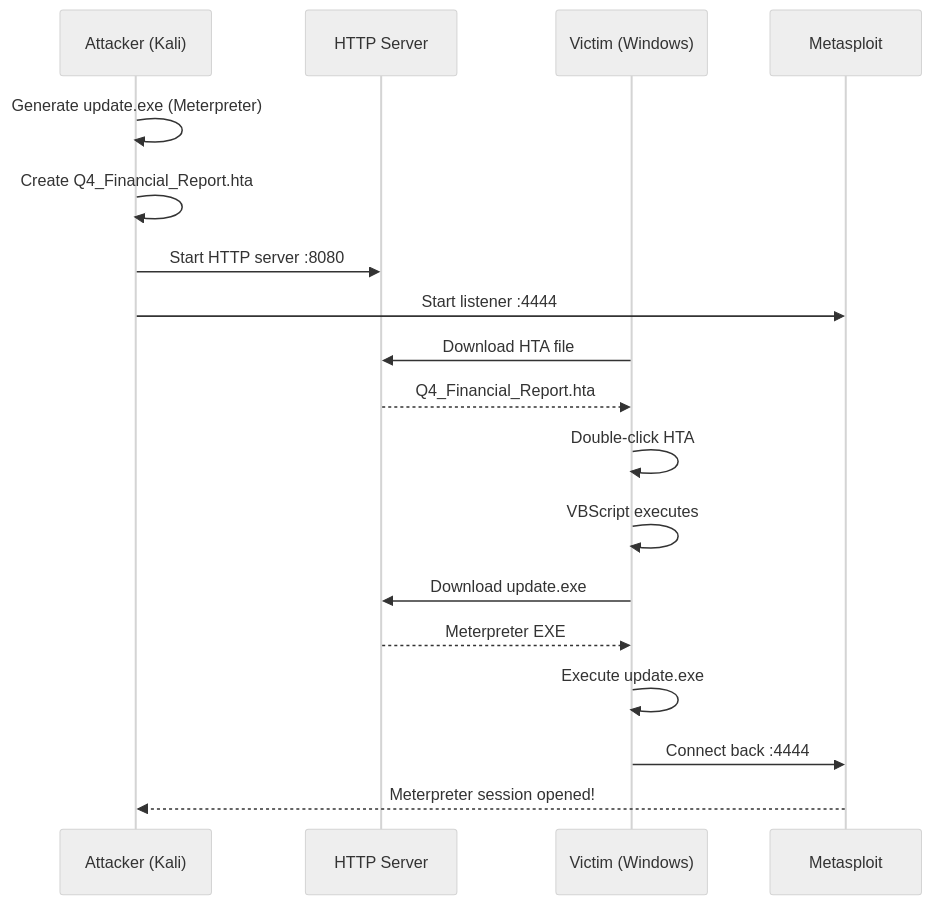
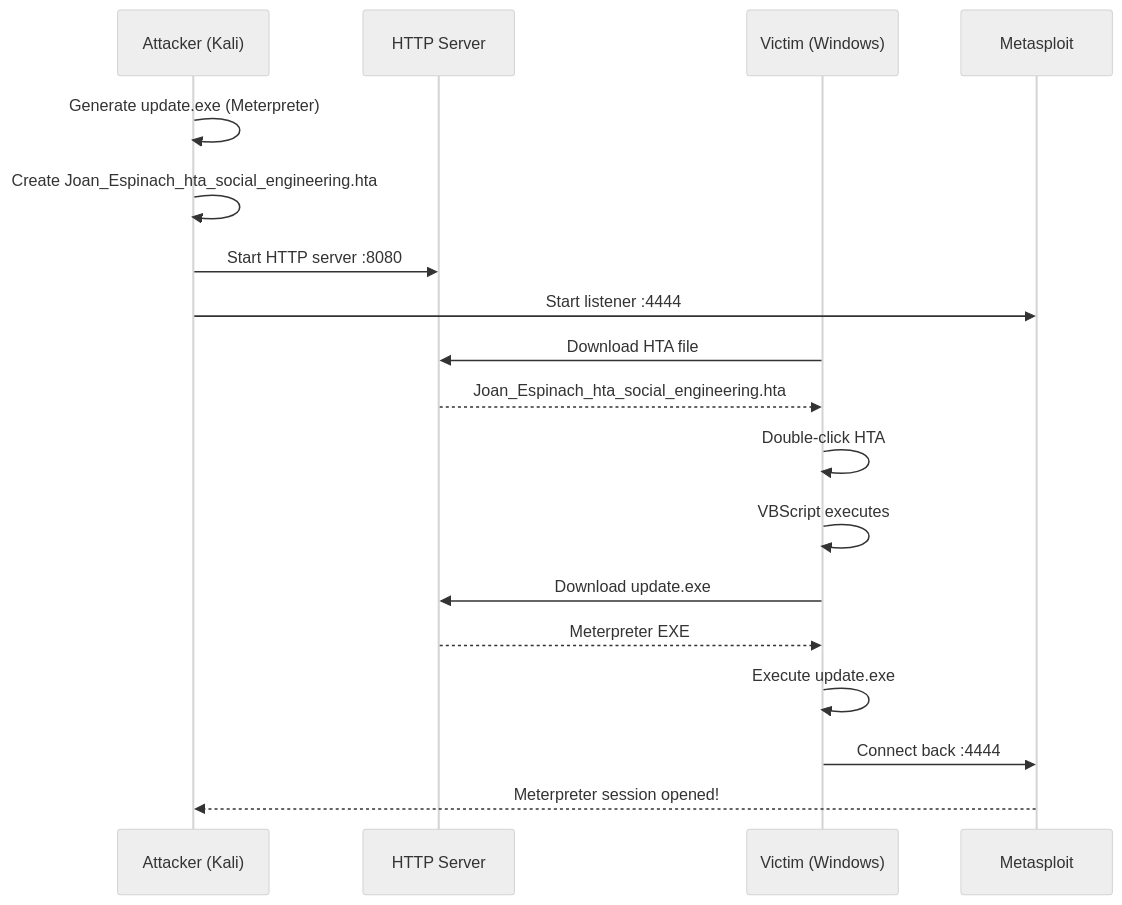
The first of 7 diagrams in docs/USER_GUIDE.md (gcheliz/ethical-hacking-student-lab), drawn with Mermaid (neutral theme) before and after one commit. The commit also changed other lines of this file and 10 other files, not shown here.

````diff
--- a/docs/USER_GUIDE.md
+++ b/docs/USER_GUIDE.md
@@ -21,22 +21,22 @@
 ```mermaid
 sequenceDiagram
     participant A as Attacker (Kali)
     participant H as HTTP Server
     participant V as Victim (Windows)
     participant M as Metasploit
 
     A->>A: Generate update.exe (Meterpreter)
-    A->>A: Create Q4_Financial_Report.hta
+    A->>A: Create Joan_Espinach_hta_social_engineering.hta
     A->>H: Start HTTP server :8080
     A->>M: Start listener :4444
 
     V->>H: Download HTA file
-    H-->>V: Q4_Financial_Report.hta
+    H-->>V: Joan_Espinach_hta_social_engineering.hta
     V->>V: Double-click HTA
     V->>V: VBScript executes
     V->>H: Download update.exe
     H-->>V: Meterpreter EXE
     V->>V: Execute update.exe
     V->>M: Connect back :4444
     M-->>A: Meterpreter session opened!
 ```
````
